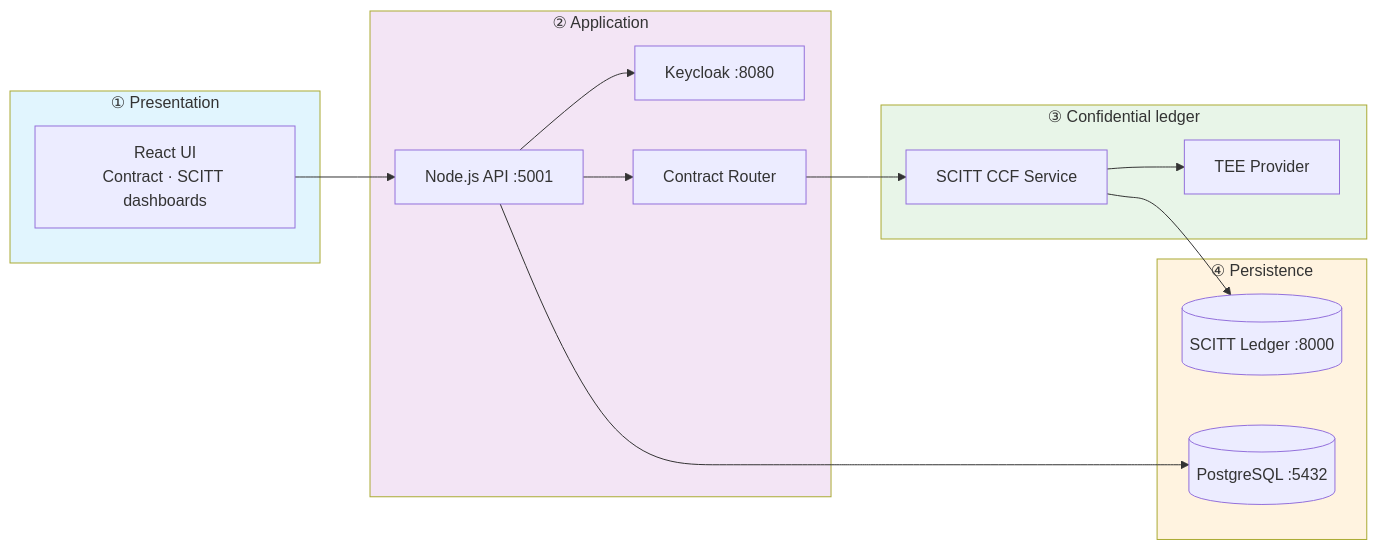
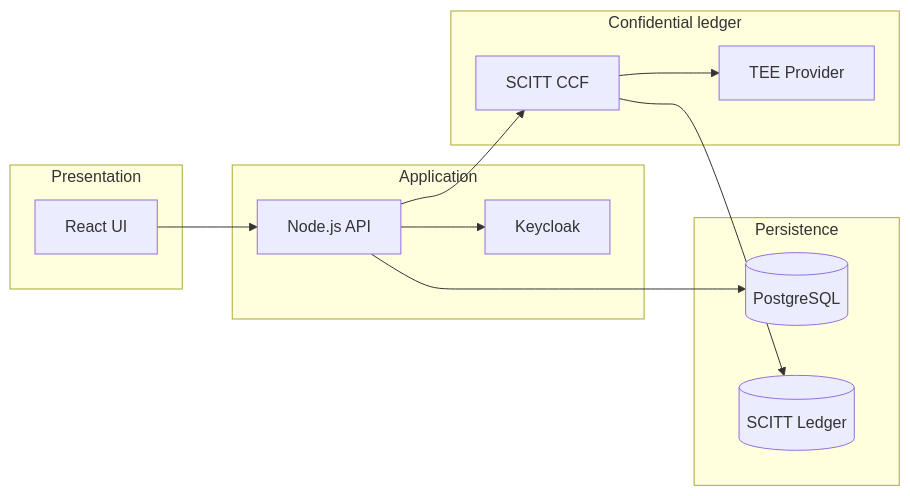
One commit to gitmujoshi/Confidential-AI-Network changed the second of 2 diagrams in README.md. Above: the diagram before and after it, drawn with Mermaid. The commit also changed other lines of this file and 12 other files, not shown here.

````diff
--- a/README.md
+++ b/README.md
@@ -11,33 +163,22 @@
 ```mermaid
 flowchart LR
-  subgraph L1["① Presentation"]
-    UI[React UI<br/>Contract · SCITT dashboards]
+  subgraph L1["Presentation"]
+    UI[React UI]
   end
-
-  subgraph L2["② Application"]
-    API[Node.js API :5001]
-    IAM[Keycloak :8080]
-    Router[Contract Router]
+  subgraph L2["Application"]
+    API[Node.js API]
+    IAM[Keycloak]
   end
-
-  subgraph L3["③ Confidential ledger"]
-    SCITT[SCITT CCF Service]
+  subgraph L3["Confidential ledger"]
+    SCITT[SCITT CCF]
     TEE[TEE Provider]
   end
-
-  subgraph L4["④ Persistence"]
-    DB[(PostgreSQL :5432)]
-    Ledger[(SCITT Ledger :8000)]
+  subgraph L4["Persistence"]
+    DB[(PostgreSQL)]
+    Ledger[(SCITT Ledger)]
   end
-
-  UI --> API
-  API --> IAM
-  API --> Router --> SCITT --> TEE
+  UI --> API --> IAM
+  API --> SCITT --> TEE
   SCITT --> Ledger
   API --> DB
-
-  style L1 fill:#e1f5fe
-  style L2 fill:#f3e5f5
-  style L3 fill:#e8f5e8
-  style L4 fill:#fff3e0
 ```
````
